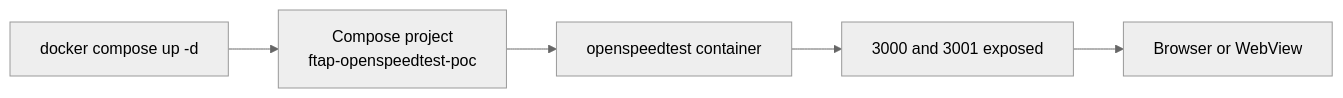
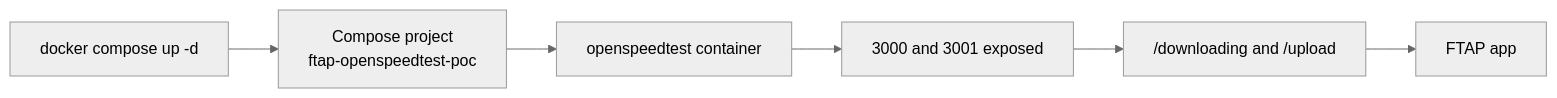
Before and after one commit to rgalor-ca/openspeedtest-ftap-poc: the seventh of 11 diagrams in docs/DOCUMENTATION.md, drawn with Mermaid (neutral theme). The commit also changed other lines of this file and 13 other files, not shown here.

````diff
--- a/docs/DOCUMENTATION.md
+++ b/docs/DOCUMENTATION.md
@@ -206,10 +258,11 @@
 ```mermaid
 flowchart LR
   Compose["docker compose up -d"]
   Project["Compose project<br>ftap-openspeedtest-poc"]
   Container["openspeedtest container"]
   Ports["3000 and 3001 exposed"]
-  Browser["Browser or WebView"]
+  Endpoints["/downloading and /upload"]
+  App["FTAP app"]
 
-  Compose --> Project --> Container --> Ports --> Browser
+  Compose --> Project --> Container --> Ports --> Endpoints --> App
 ```
````
